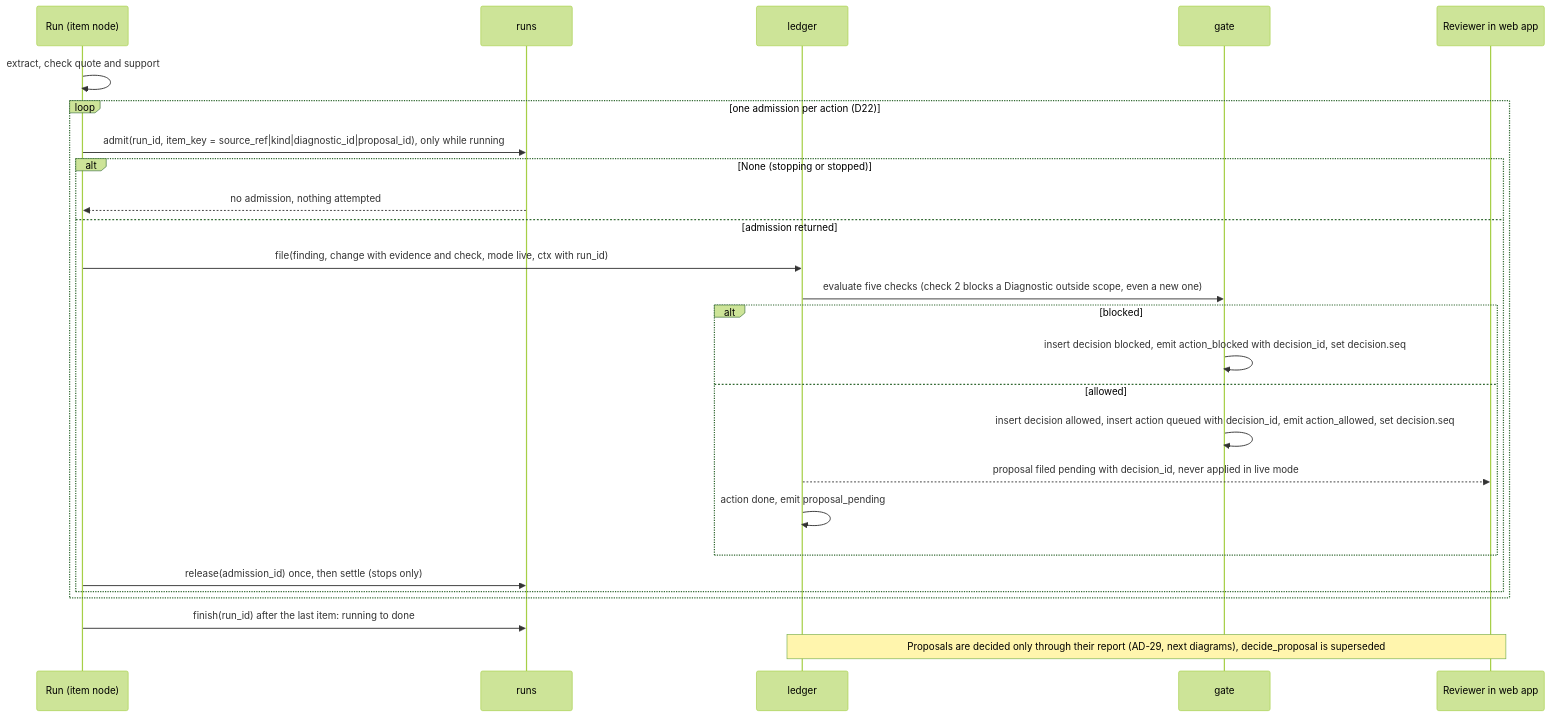
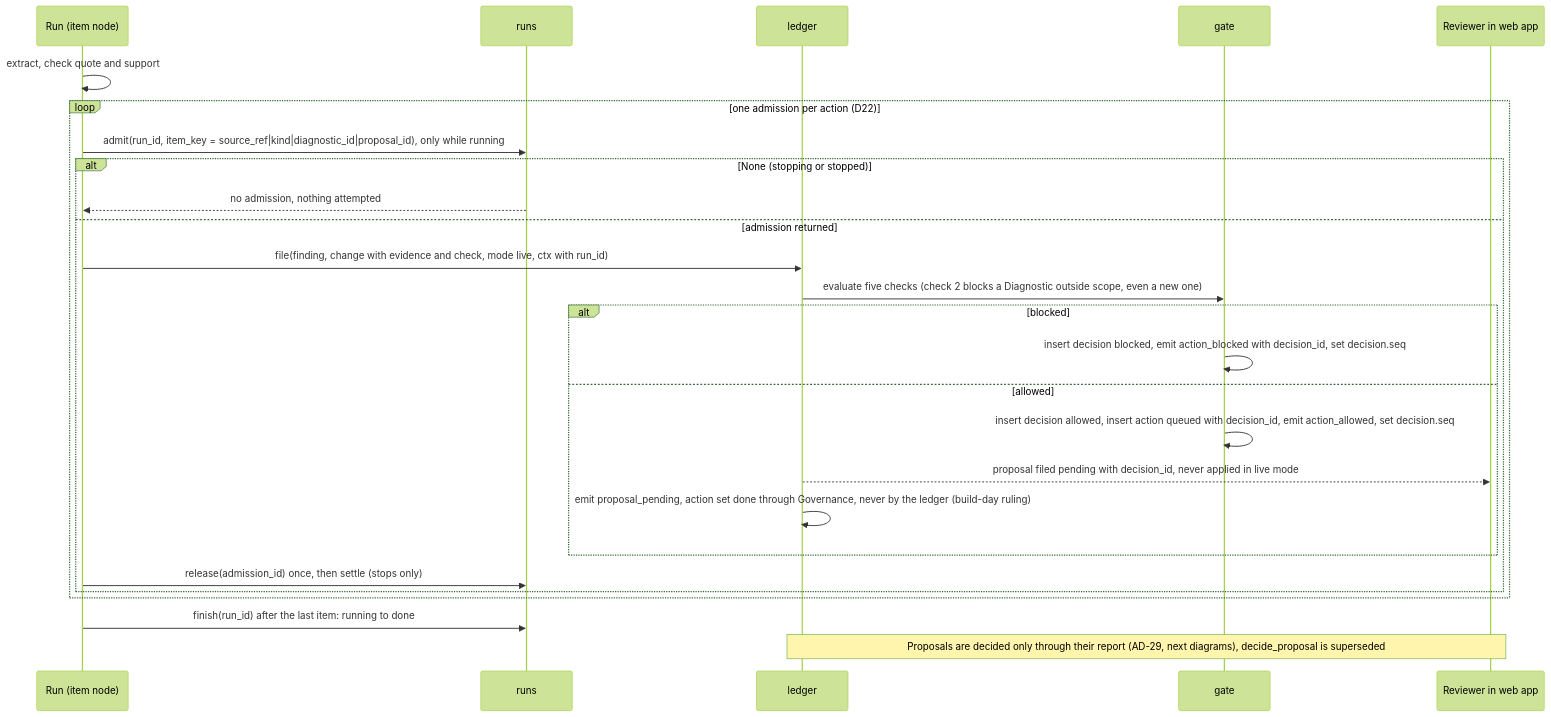
Before and after one commit to lutic1/agents-in-context-toronto: the third of 7 diagrams in _bmad-output/planning-artifacts/architecture/architecture-agents-in-context-toronto-2026-11-13/ARCHITECTURE-SPINE.md, drawn with Mermaid (forest theme). The commit also changed other lines of this file and 1 other file, not shown here.

First line of the commit message:
Record the build-day rulings (V49 to V69) and correct the spine

````diff
--- a/_bmad-output/planning-artifacts/architecture/architecture-agents-in-context-toronto-2026-11-13/ARCHITECTURE-SPINE.md
+++ b/_bmad-output/planning-artifacts/architecture/architecture-agents-in-context-toronto-2026-11-13/ARCHITECTURE-SPINE.md
@@ -960,28 +967,28 @@
 ```mermaid
 sequenceDiagram
   participant J as Run (item node)
   participant RN as runs
   participant L as ledger
   participant G as gate
   participant R as Reviewer in web app
   J->>J: extract, check quote and support
   loop one admission per action (D22)
     J->>RN: admit(run_id, item_key = source_ref|kind|diagnostic_id|proposal_id), only while running
     alt None (stopping or stopped)
       RN-->>J: no admission, nothing attempted
     else admission returned
       J->>L: file(finding, change with evidence and check, mode live, ctx with run_id)
       L->>G: evaluate five checks (check 2 blocks a Diagnostic outside scope, even a new one)
       alt blocked
         G->>G: insert decision blocked, emit action_blocked with decision_id, set decision.seq
       else allowed
         G->>G: insert decision allowed, insert action queued with decision_id, emit action_allowed, set decision.seq
         L-->>R: proposal filed pending with decision_id, never applied in live mode
-        L->>L: action done, emit proposal_pending
+        L->>L: emit proposal_pending, action set done through Governance, never by the ledger (build-day ruling)
       end
       J->>RN: release(admission_id) once, then settle (stops only)
     end
   end
   J->>RN: finish(run_id) after the last item: running to done
   Note over R,L: Proposals are decided only through their report (AD-29, next diagrams), decide_proposal is superseded
 ```
````
